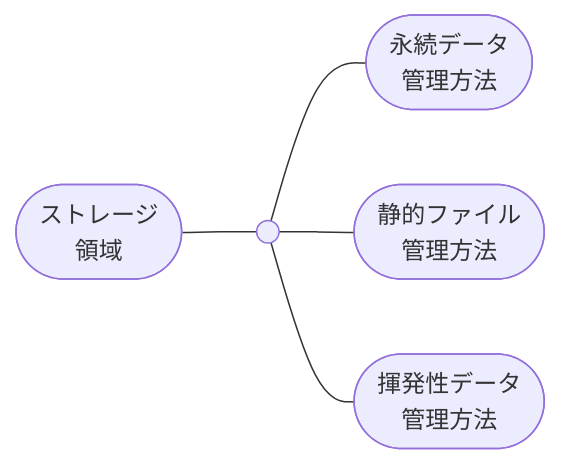
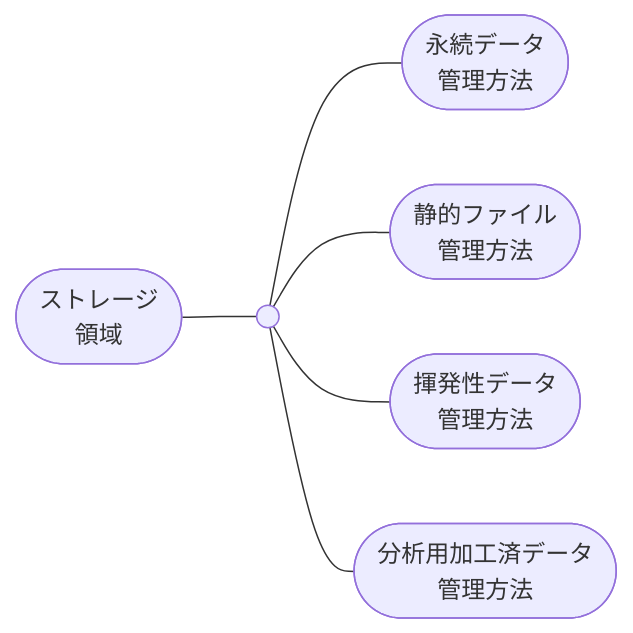
One commit to hiroki-it/tech-notebook changed diagram 15 of 24 in docs/software/software_application_architecture_microservices_cloudnative.md. Above: the diagram before and after it, drawn with Mermaid. The commit also changed other lines of this file and 2 other files, not shown here.

Commit message:
update ノートを更新した。

````diff
--- a/docs/software/software_application_architecture_microservices_cloudnative.md
+++ b/docs/software/software_application_architecture_microservices_cloudnative.md
@@ -1365,9 +1366,9 @@
 ```mermaid
 flowchart LR
 
   ストレージ領域([ストレージ<br>領域]) --- ストレージ領域の基点(( ))
   ストレージ領域の基点 --- 永続データ管理方法([永続データ<br>管理方法])
   ストレージ領域の基点 --- 静的ファイル管理方法([静的ファイル<br>管理方法])
-  ストレージ領域の基点 --- 揮発性管理方法([揮発性データ<br>管理方法])
-
+  ストレージ領域の基点 --- 揮発性データ管理方法([揮発性データ<br>管理方法])
+  ストレージ領域の基点 --- 分析用加工済データ管理方法([分析用加工済データ<br>管理方法])
 ```
````
